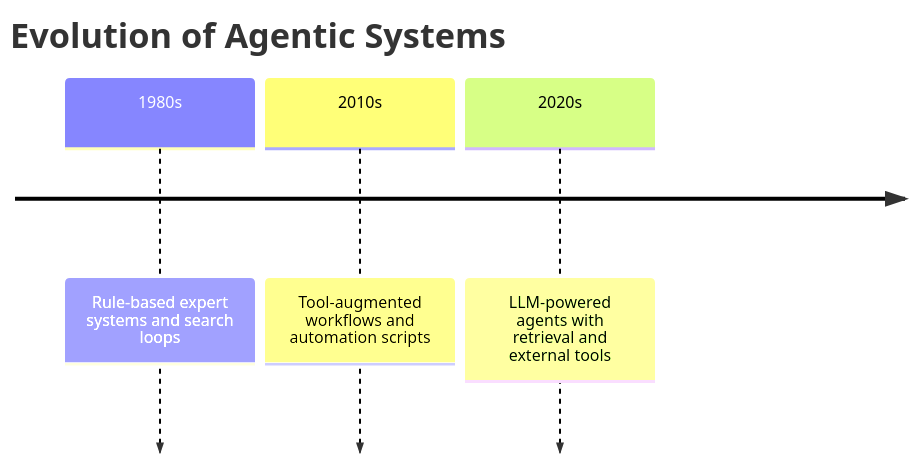
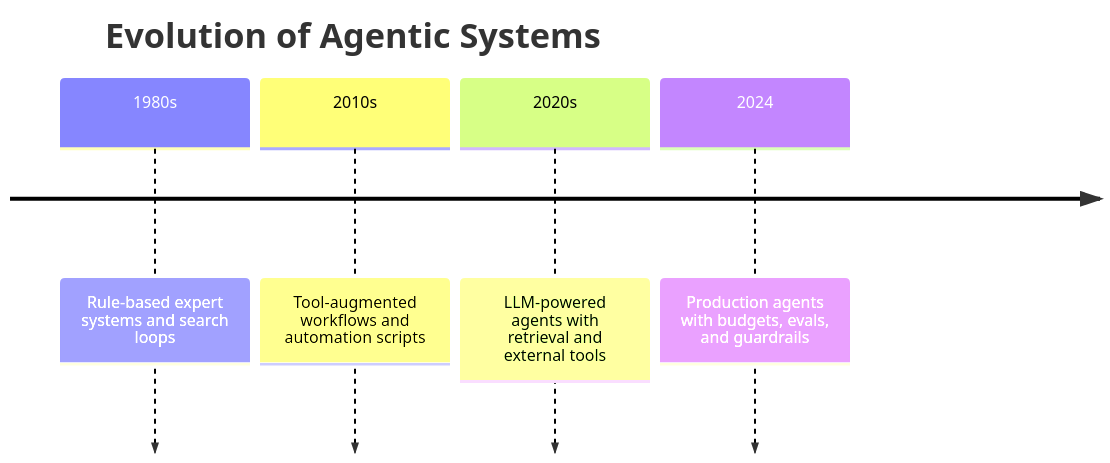
The second of 13 diagrams in day_22/day_22_what_are_ai_agents.md (Asabeneh/30-Days-Of-AI-Engineering), drawn with Mermaid before and after one commit. The commit also changed other lines of this file and 49 other files, not shown here.

````diff
--- a/day_22/day_22_what_are_ai_agents.md
+++ b/day_22/day_22_what_are_ai_agents.md
@@ -94,7 +136,8 @@
 ```mermaid
 timeline
-        title Evolution of Agentic Systems
-        1980s : Rule-based expert systems and search loops
-        2010s : Tool-augmented workflows and automation scripts
-        2020s : LLM-powered agents with retrieval and external tools
+    title Evolution of Agentic Systems
+    1980s : Rule-based expert systems and search loops
+    2010s : Tool-augmented workflows and automation scripts
+    2020s : LLM-powered agents with retrieval and external tools
+    2024 : Production agents with budgets, evals, and guardrails
 ```
````
